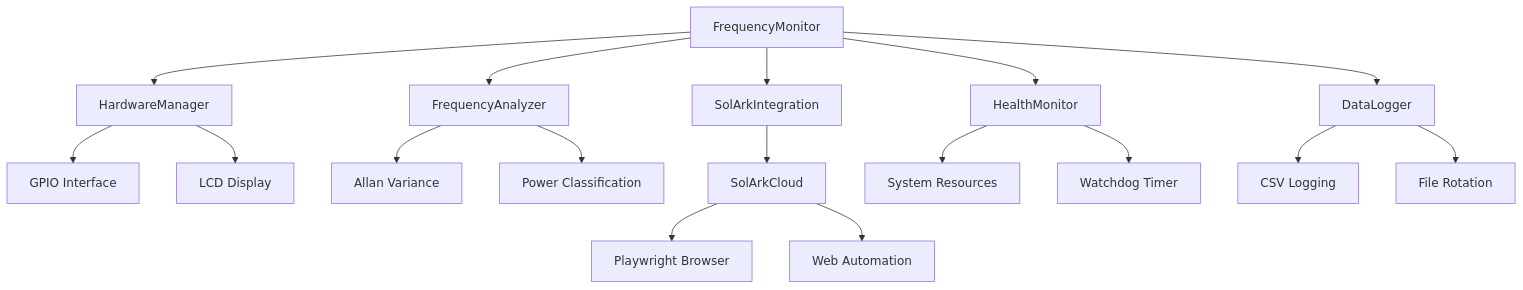
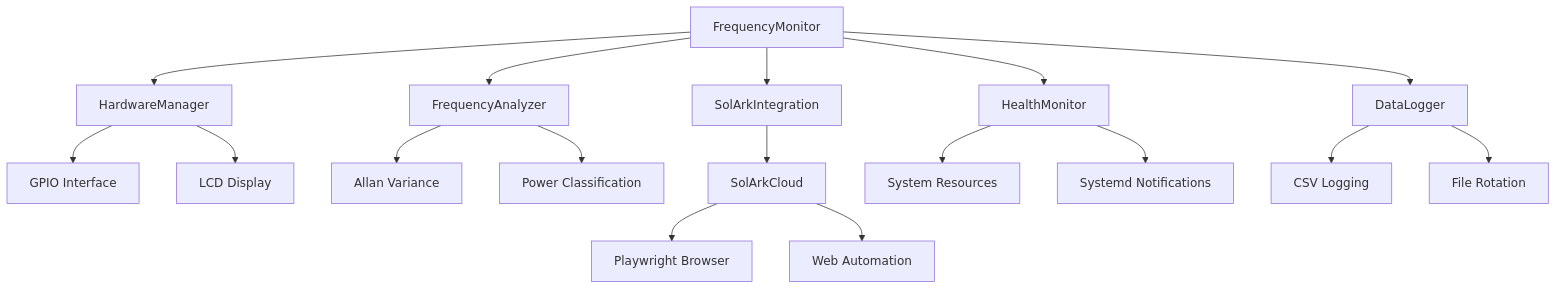
The diagram in README.md (KeithCu/RpiSolArk), drawn with Mermaid before and after one commit. The commit also changed other lines of this file and 8 other files, not shown here.

````diff
--- a/README.md
+++ b/README.md
@@ -328,24 +332,24 @@
 ```mermaid
 graph TB
     A[FrequencyMonitor] --> B[HardwareManager]
     A --> C[FrequencyAnalyzer]
     A --> D[HealthMonitor]
     A --> E[DataLogger]
     A --> F[SolArkIntegration]
   
     B --> G[GPIO Interface]
     B --> H[LCD Display]
   
     C --> J[Allan Variance]
     C --> K[Power Classification]
   
     F --> L[SolArkCloud]
     L --> M[Playwright Browser]
     L --> N[Web Automation]
   
     D --> O[System Resources]
-    D --> P[Watchdog Timer]
+    D --> P[Systemd Notifications]
   
     E --> Q[CSV Logging]
     E --> R[File Rotation]
 ```
````
